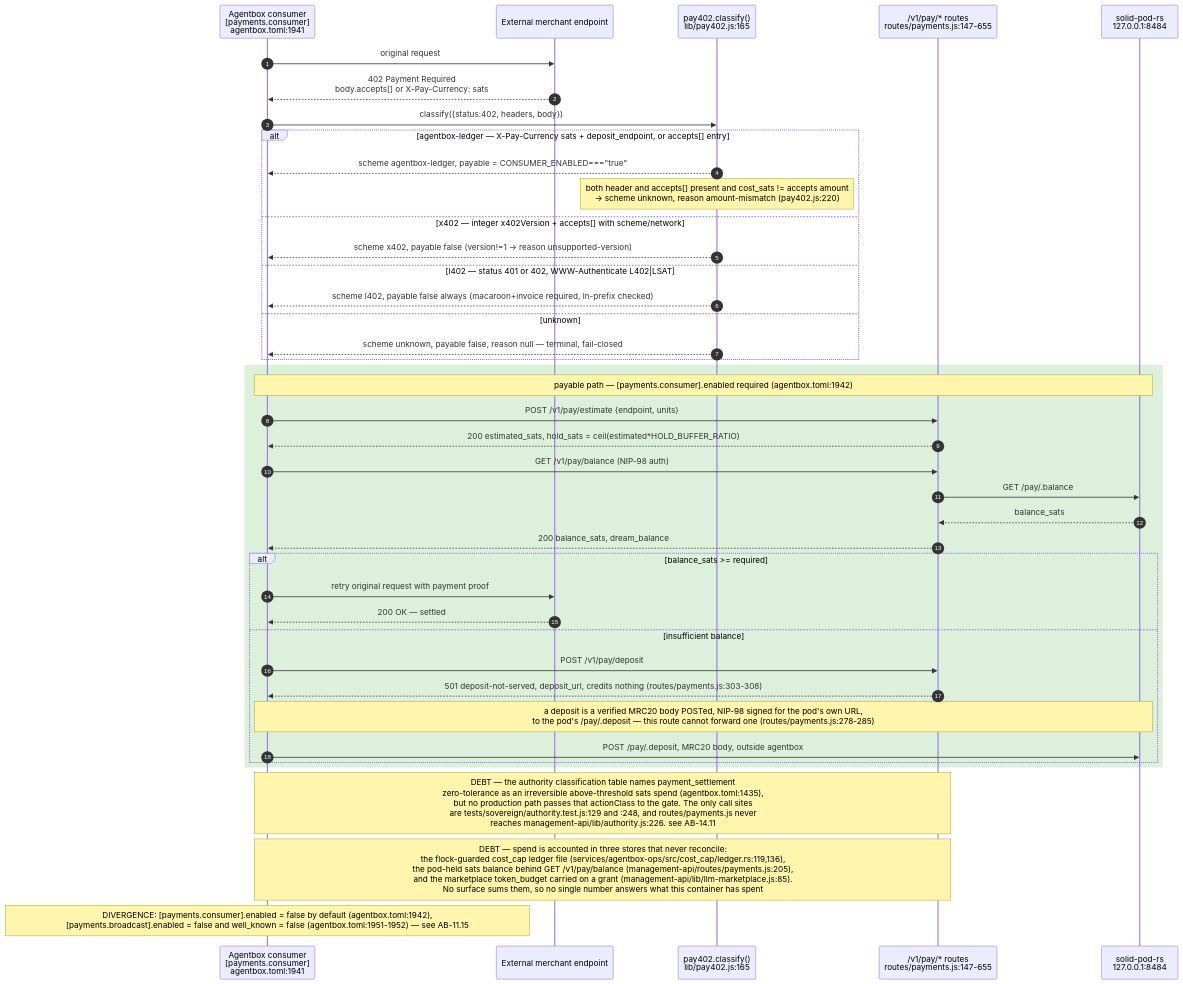
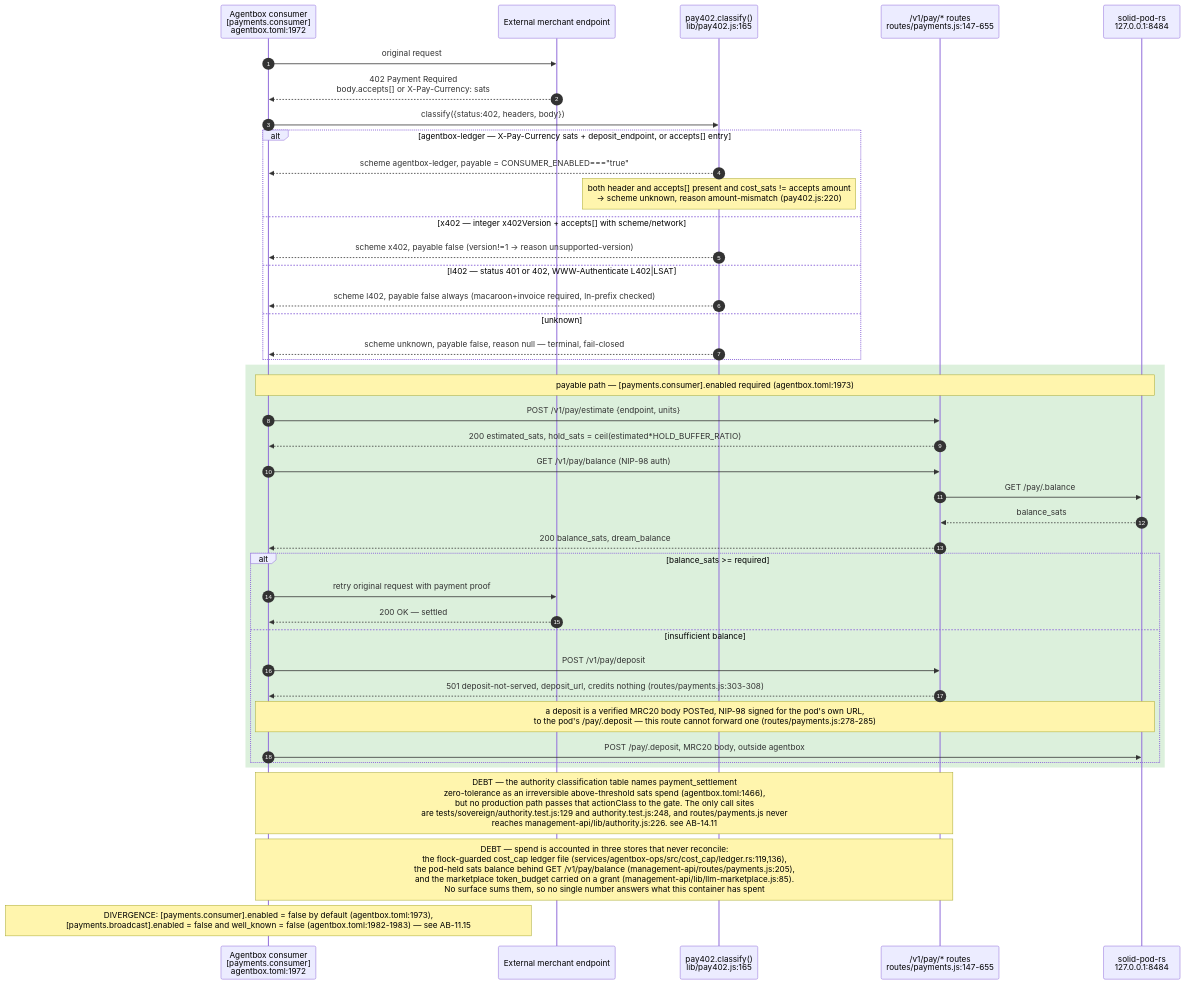
The sixth of 15 diagrams in docs/diagrams/agentbox/15-capability-gating-spend-consultants.md (DreamLab-AI/VisionFlow), drawn with Mermaid before and after one commit. The commit also changed other lines of this file and 6 other files, not shown here.

````diff
--- a/docs/diagrams/agentbox/15-capability-gating-spend-consultants.md
+++ b/docs/diagrams/agentbox/15-capability-gating-spend-consultants.md
@@ -291,45 +292,45 @@
 ```mermaid
 sequenceDiagram
     autonumber
-    participant Agent as Agentbox consumer<br/>[payments.consumer]<br/>agentbox.toml:1941
+    participant Agent as Agentbox consumer<br/>[payments.consumer]<br/>agentbox.toml:1972
     participant Merchant as External merchant endpoint
     participant Classify as pay402.classify()<br/>lib/pay402.js:165
     participant Pay as /v1/pay/* routes<br/>routes/payments.js:147-655
     participant Pod as solid-pod-rs<br/>127.0.0.1:8484
 
     Agent->>Merchant: original request
     Merchant-->>Agent: 402 Payment Required<br/>body.accepts[] or X-Pay-Currency: sats
     Agent->>Classify: classify({status:402, headers, body})
     alt agentbox-ledger — X-Pay-Currency sats + deposit_endpoint, or accepts[] entry
         Classify-->>Agent: scheme agentbox-ledger, payable = CONSUMER_ENABLED==="true"
         Note over Classify: both header and accepts[] present and cost_sats != accepts amount<br/>-> scheme unknown, reason amount-mismatch (pay402.js:220)
     else x402 — integer x402Version + accepts[] with scheme/network
         Classify-->>Agent: scheme x402, payable false #40;version!=1 -> reason unsupported-version#41;
     else l402 — status 401 or 402, WWW-Authenticate L402#124;LSAT
         Classify-->>Agent: scheme l402, payable false always #40;macaroon+invoice required, ln-prefix checked#41;
     else unknown
         Classify-->>Agent: scheme unknown, payable false, reason null — terminal, fail-closed
     end
 
     rect rgb(220,240,220)
-    Note over Agent,Pod: payable path — [payments.consumer].enabled required (agentbox.toml:1942)
+    Note over Agent,Pod: payable path — [payments.consumer].enabled required (agentbox.toml:1973)
     Agent->>Pay: POST /v1/pay/estimate {endpoint, units}
     Pay-->>Agent: 200 estimated_sats, hold_sats = ceil(estimated*HOLD_BUFFER_RATIO)
     Agent->>Pay: GET /v1/pay/balance (NIP-98 auth)
     Pay->>Pod: GET /pay/.balance
     Pod-->>Pay: balance_sats
     Pay-->>Agent: 200 balance_sats, dream_balance
     alt balance_sats #62;#61; required
         Agent->>Merchant: retry original request with payment proof
         Merchant-->>Agent: 200 OK — settled
     else insufficient balance
         Agent->>Pay: POST /v1/pay/deposit
         Pay-->>Agent: 501 deposit-not-served, deposit_url, credits nothing (routes/payments.js:303-308)
         Note over Agent,Pod: a deposit is a verified MRC20 body POSTed, NIP-98 signed for the pod's own URL,<br/>to the pod's /pay/.deposit — this route cannot forward one (routes/payments.js:278-285)
         Agent->>Pod: POST /pay/.deposit, MRC20 body, outside agentbox
     end
     end
-    Note over Agent,Pay: DEBT — the authority classification table names payment_settlement<br/>zero-tolerance as an irreversible above-threshold sats spend (agentbox.toml:1435),<br/>but no production path passes that actionClass to the gate. The only call sites<br/>are tests/sovereign/authority.test.js:129 and :248, and routes/payments.js never<br/>reaches management-api/lib/authority.js:226. see AB-14.11
+    Note over Agent,Pay: DEBT — the authority classification table names payment_settlement<br/>zero-tolerance as an irreversible above-threshold sats spend (agentbox.toml:1466),<br/>but no production path passes that actionClass to the gate. The only call sites<br/>are tests/sovereign/authority.test.js:129 and authority.test.js:248, and routes/payments.js never<br/>reaches management-api/lib/authority.js:226. see AB-14.11
     Note over Agent,Pay: DEBT — spend is accounted in three stores that never reconcile:<br/>the flock-guarded cost_cap ledger file (services/agentbox-ops/src/cost_cap/ledger.rs:119,136),<br/>the pod-held sats balance behind GET /v1/pay/balance (management-api/routes/payments.js:205),<br/>and the marketplace token_budget carried on a grant (management-api/lib/llm-marketplace.js:85).<br/>No surface sums them, so no single number answers what this container has spent
-    Note over Agent: DIVERGENCE: #91;payments.consumer#93;.enabled = false by default #40;agentbox.toml:1942#41;,<br/>#91;payments.broadcast#93;.enabled = false and well_known = false #40;agentbox.toml:1951-1952#41; — see AB-11.15
+    Note over Agent: DIVERGENCE: #91;payments.consumer#93;.enabled = false by default #40;agentbox.toml:1973#41;,<br/>#91;payments.broadcast#93;.enabled = false and well_known = false #40;agentbox.toml:1982-1983#41; — see AB-11.15
 ```
````
